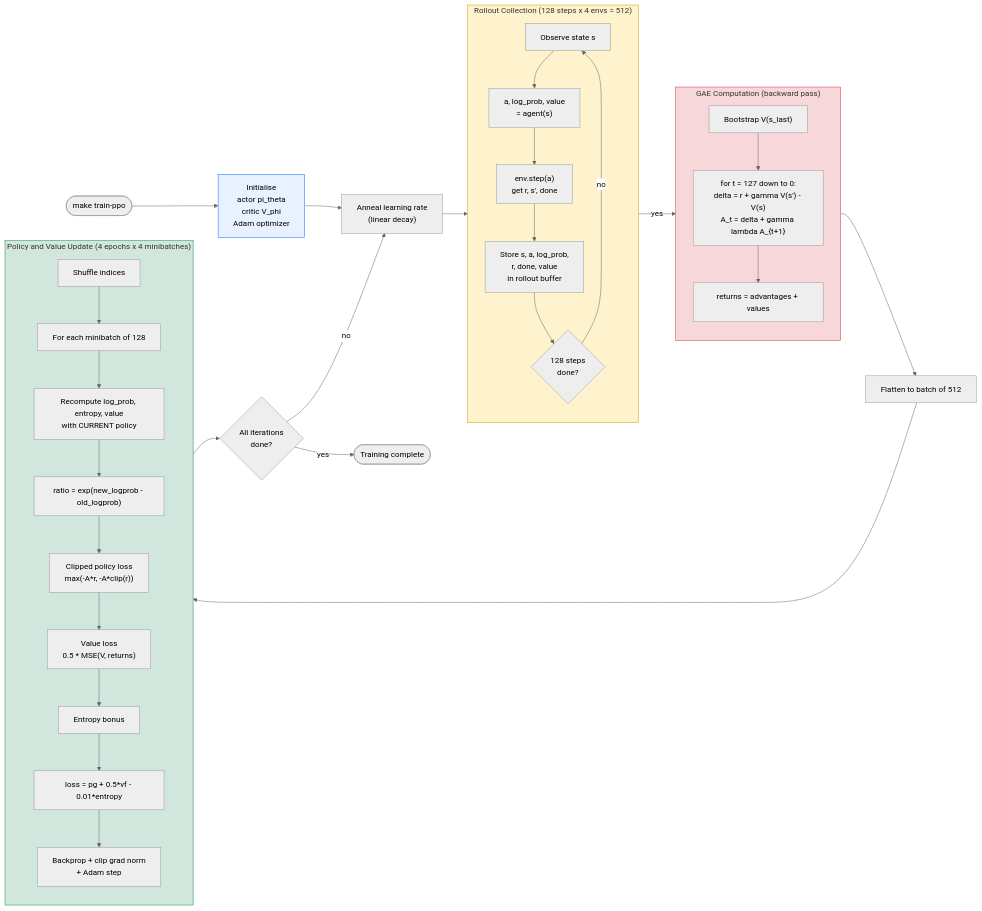
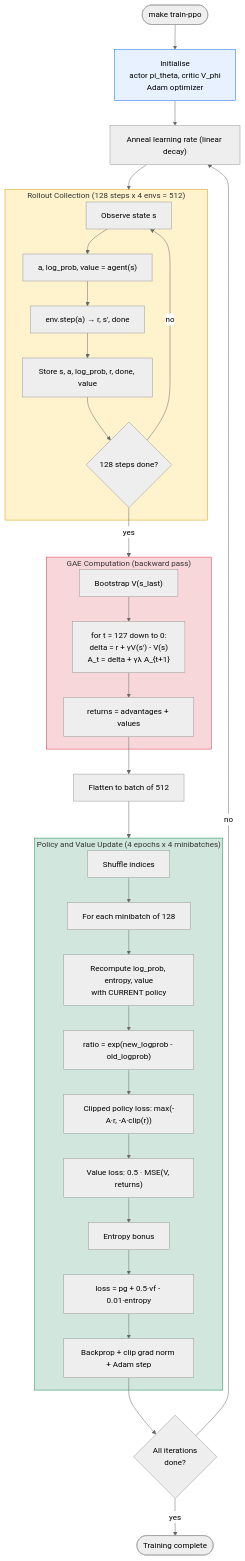
Before and after one commit to ungaro/rl101-cleanrl-cartpole-dqn: the second of 2 diagrams in docs/week3-ppo-under-the-hood.md, drawn with Mermaid (neutral theme).

Commit message:
docs: make algorithm flowchart vertical for readability

````diff
--- a/docs/week3-ppo-under-the-hood.md
+++ b/docs/week3-ppo-under-the-hood.md
@@ -1538,48 +1538,45 @@
 ```mermaid
-flowchart LR
+flowchart TB
     Start(["make train-ppo"])
-    Start --> Init["Initialise<br/>actor pi_theta<br/>critic V_phi<br/>Adam optimizer"]
-    Init --> AnnealLR["Anneal learning rate<br/>(linear decay)"]
+    Start --> Init["Initialise<br/>actor pi_theta, critic V_phi<br/>Adam optimizer"]
+    Init --> AnnealLR["Anneal learning rate (linear decay)"]
     AnnealLR --> Rollout
 
     subgraph Rollout ["Rollout Collection (128 steps x 4 envs = 512)"]
-        direction TB
-        Obs["Observe state s"] --> Act["a, log_prob, value<br/>= agent(s)"]
-        Act --> Step["env.step(a)<br/>get r, s', done"]
-        Step --> Store["Store s, a, log_prob,<br/>r, done, value<br/>in rollout buffer"]
-        Store --> More{"128 steps<br/>done?"}
+        Obs["Observe state s"] --> Act["a, log_prob, value = agent(s)"]
+        Act --> Step["env.step(a) → r, s', done"]
+        Step --> Store["Store s, a, log_prob, r, done, value"]
+        Store --> More{"128 steps done?"}
         More -->|"no"| Obs
     end
 
     More -->|"yes"| GAE
 
     subgraph GAE ["GAE Computation (backward pass)"]
-        direction TB
-        Boot["Bootstrap V(s_last)"] --> Loop["for t = 127 down to 0:<br/>delta = r + gamma V(s') - V(s)<br/>A_t = delta + gamma lambda A_{t+1}"]
+        Boot["Bootstrap V(s_last)"] --> Loop["for t = 127 down to 0:<br/>delta = r + γV(s') - V(s)<br/>A_t = delta + γλ A_{t+1}"]
         Loop --> Ret["returns = advantages + values"]
     end
 
     Ret --> Flatten["Flatten to batch of 512"]
     Flatten --> Update
 
     subgraph Update ["Policy and Value Update (4 epochs x 4 minibatches)"]
-        direction TB
         Shuffle["Shuffle indices"] --> MB["For each minibatch of 128"]
         MB --> Recompute["Recompute log_prob, entropy, value<br/>with CURRENT policy"]
         Recompute --> Ratio["ratio = exp(new_logprob - old_logprob)"]
-        Ratio --> Clip["Clipped policy loss<br/>max(-A*r, -A*clip(r))"]
-        Clip --> VLoss["Value loss<br/>0.5 * MSE(V, returns)"]
+        Ratio --> Clip["Clipped policy loss: max(-A·r, -A·clip(r))"]
+        Clip --> VLoss["Value loss: 0.5 · MSE(V, returns)"]
         VLoss --> Ent["Entropy bonus"]
-        Ent --> Combined["loss = pg + 0.5*vf - 0.01*entropy"]
-        Combined --> Grad["Backprop + clip grad norm<br/>+ Adam step"]
+        Ent --> Combined["loss = pg + 0.5·vf - 0.01·entropy"]
+        Combined --> Grad["Backprop + clip grad norm + Adam step"]
     end
 
     Grad --> Done{"All iterations<br/>done?"}
     Done -->|"no"| AnnealLR
     Done -->|"yes"| Fin(["Training complete"])
 
     style Init fill:#e7f1ff,stroke:#0d6efd
     style Rollout fill:#fff3cd,stroke:#d39e00
     style GAE fill:#f8d7da,stroke:#dc3545
     style Update fill:#d1e7dd,stroke:#198754
 ```
````
